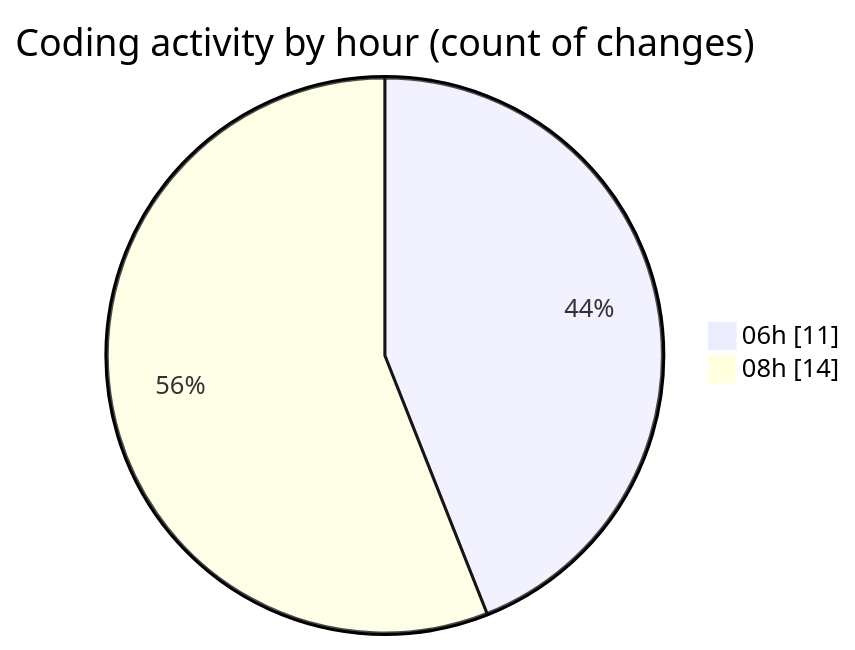
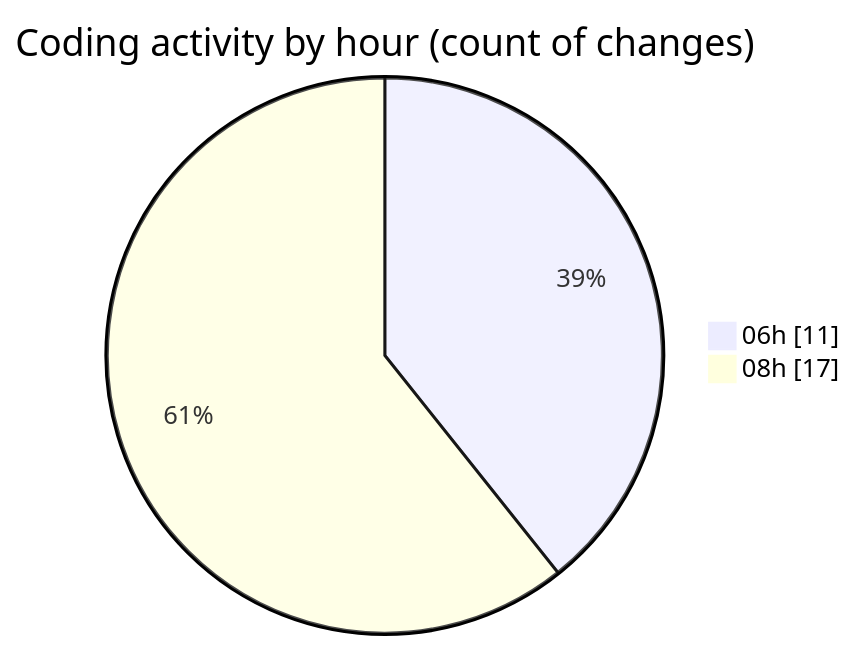
Before and after one commit to EIIisD/code-tracking: the second of 2 diagrams in 2025-08-04/tw-server/README.md, drawn with Mermaid. The commit also changed other lines of this file and 1 other file, not shown here.

````diff
--- a/2025-08-04/tw-server/README.md
+++ b/2025-08-04/tw-server/README.md
@@ -36,6 +37,6 @@
 ```mermaid
 pie showData
 title Coding activity by hour (count of changes)
 "06h" : 11
-"08h" : 14
+"08h" : 17
 ```
````
